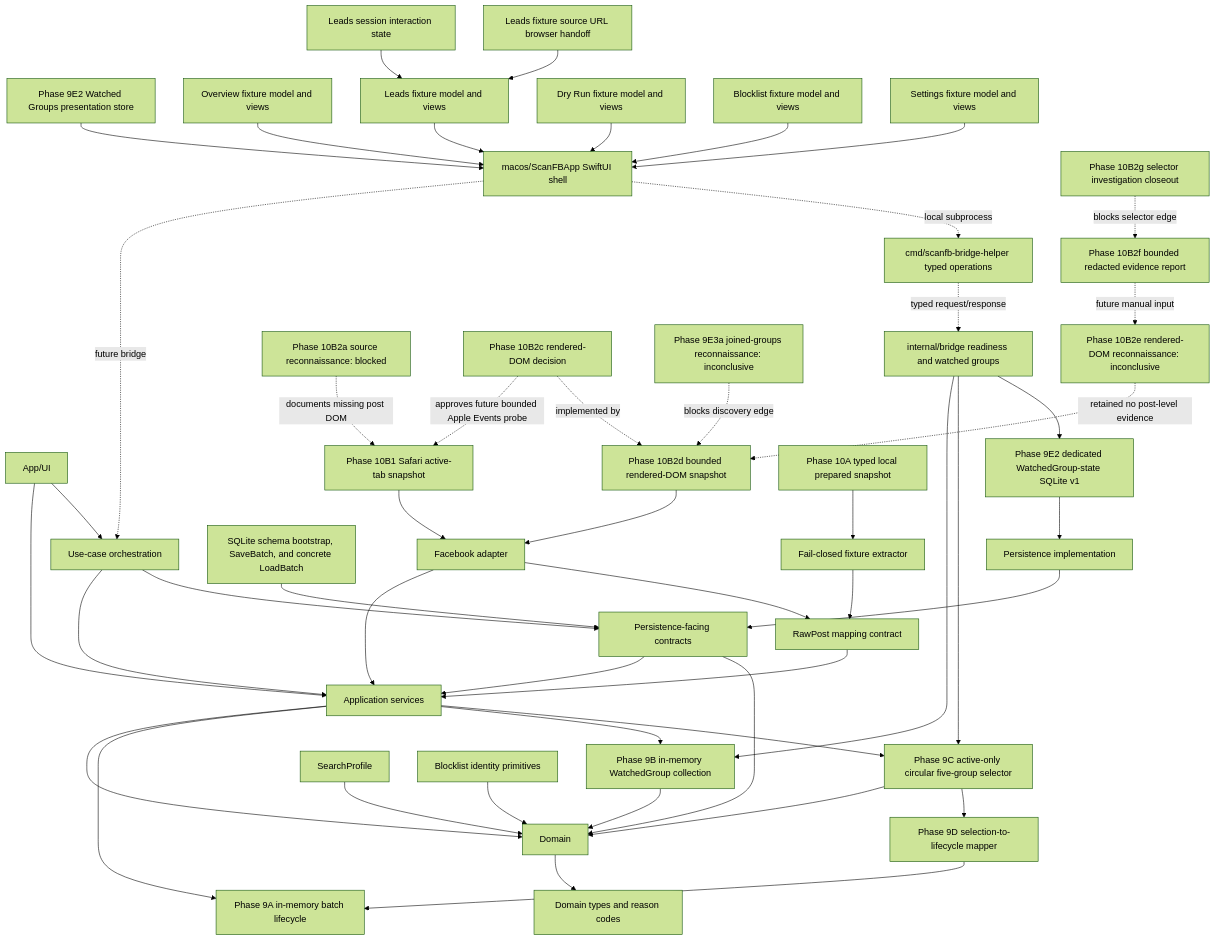
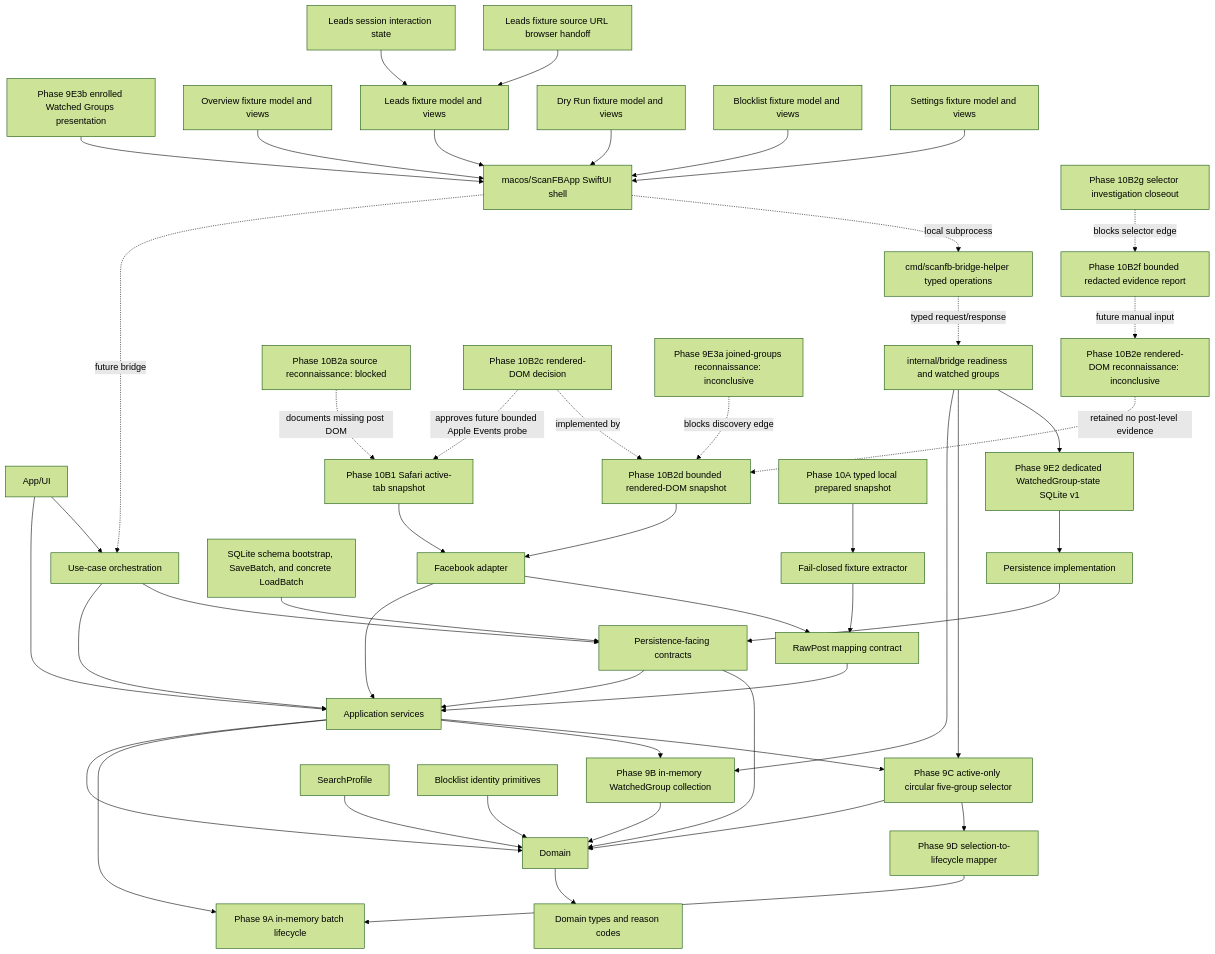
One commit to soleda2026/ScanFB changed the diagram in docs/CODE_GRAPH.md. Above: the diagram before and after it, drawn with Mermaid (forest theme). The commit also changed other lines of this file and 11 other files, not shown here.

Commit message:
feat(groups): make enrollment the primary group flow

````diff
--- a/docs/CODE_GRAPH.md
+++ b/docs/CODE_GRAPH.md
@@ -7,52 +7,52 @@
 ```mermaid
 flowchart TD
     UI["App/UI"] --> APP["Application services"]
     UI --> ORCH["Use-case orchestration"]
     ORCH --> APP
     ORCH --> PERSIST_CONTRACT
     APP --> DOMAIN["Domain"]
     PERSIST_CONTRACT["Persistence-facing contracts"] --> APP
     PERSIST_CONTRACT --> DOMAIN
     PERSIST_IMPL["Persistence implementation"] --> PERSIST_CONTRACT
     SQLITE["SQLite schema bootstrap, SaveBatch, and concrete LoadBatch"] --> PERSIST_CONTRACT
     WATCHED_STATE["Phase 9E2 dedicated WatchedGroup-state SQLite v1"] --> PERSIST_IMPL
     MACOS_APP["macos/ScanFBApp SwiftUI shell"] -.future bridge.-> ORCH
     BRIDGE_HELPER["cmd/scanfb-bridge-helper typed operations"] -.typed request/response.-> BRIDGE_CORE
     BRIDGE_CORE["internal/bridge readiness and watched groups"]
     MACOS_APP -.local subprocess.-> BRIDGE_HELPER
-    GROUPS_UI["Phase 9E2 Watched Groups presentation store"] --> MACOS_APP
+    GROUPS_UI["Phase 9E3b enrolled Watched Groups presentation"] --> MACOS_APP
     OVERVIEW_FIXTURE["Overview fixture model and views"] --> MACOS_APP
     LEADS_FIXTURE["Leads fixture model and views"] --> MACOS_APP
     LEADS_INTERACTION_STATE["Leads session interaction state"] --> LEADS_FIXTURE
     LEADS_BROWSER_HANDOFF["Leads fixture source URL browser handoff"] --> LEADS_FIXTURE
     DRYRUN_FIXTURE["Dry Run fixture model and views"] --> MACOS_APP
     BLOCKLIST_FIXTURE["Blocklist fixture model and views"] --> MACOS_APP
     SETTINGS_FIXTURE["Settings fixture model and views"] --> MACOS_APP
     FB["Facebook adapter"] --> APP
     FB --> RAW["RawPost mapping contract"]
     SAFARI_ACTIVE_TAB["Phase 10B1 Safari active-tab snapshot"] --> FB
     DOM_RECON["Phase 10B2a source reconnaissance: blocked"] -.documents missing post DOM.-> SAFARI_ACTIVE_TAB
     RENDERED_DOM_DECISION["Phase 10B2c rendered-DOM decision"] -.approves future bounded Apple Events probe.-> SAFARI_ACTIVE_TAB
     RENDERED_DOM["Phase 10B2d bounded rendered-DOM snapshot"] --> FB
     RENDERED_DOM_DECISION -.implemented by.-> RENDERED_DOM
     JOINED_GROUP_RECON["Phase 9E3a joined-groups reconnaissance: inconclusive"] -.blocks discovery edge.-> RENDERED_DOM
     RENDERED_DOM_RECON["Phase 10B2e rendered-DOM reconnaissance: inconclusive"] -.retained no post-level evidence.-> RENDERED_DOM
     REDACTED_RECON_REPORT["Phase 10B2f bounded redacted evidence report"] -.future manual input.-> RENDERED_DOM_RECON
     RENDERED_DOM_CLOSEOUT["Phase 10B2g selector investigation closeout"] -.blocks selector edge.-> REDACTED_RECON_REPORT
     PREPARED_PAGE["Phase 10A typed local prepared snapshot"] --> PREPARED_EXTRACTOR["Fail-closed fixture extractor"]
     PREPARED_EXTRACTOR --> RAW
     RAW --> APP
     APP --> LIFECYCLE["Phase 9A in-memory batch lifecycle"]
     APP --> WATCHED_GROUPS["Phase 9B in-memory WatchedGroup collection"]
     WATCHED_GROUPS --> DOMAIN
     APP --> GROUP_SELECTOR["Phase 9C active-only circular five-group selector"]
     GROUP_SELECTOR --> DOMAIN
     BRIDGE_CORE --> WATCHED_GROUPS
     BRIDGE_CORE --> GROUP_SELECTOR
     BRIDGE_CORE --> WATCHED_STATE
     GROUP_SELECTOR --> LIFECYCLE_MAPPER["Phase 9D selection-to-lifecycle mapper"]
     LIFECYCLE_MAPPER --> LIFECYCLE
     PROFILE["SearchProfile"] --> DOMAIN
     DOMAIN --> TYPES["Domain types and reason codes"]
     BLOCKLIST["Blocklist identity primitives"] --> DOMAIN
 ```
````
